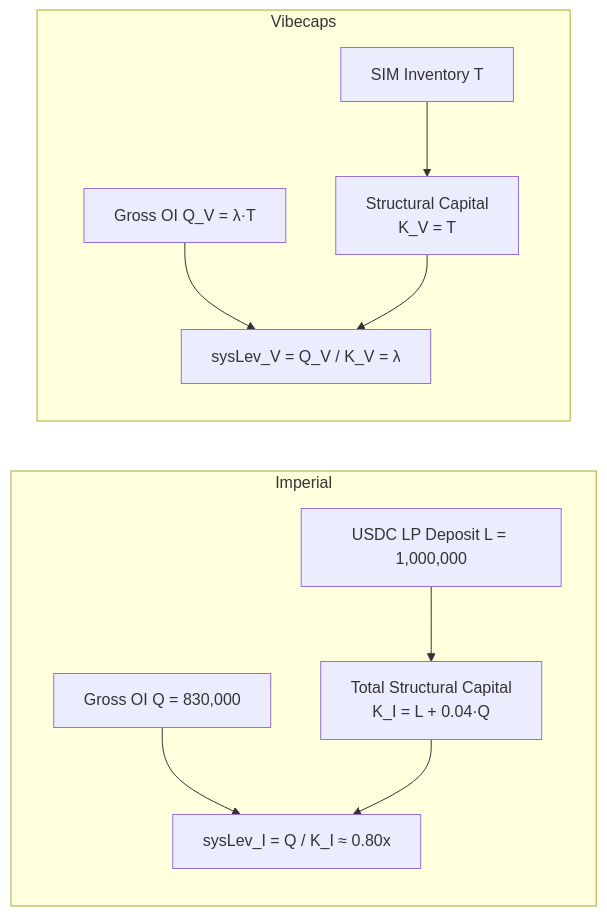
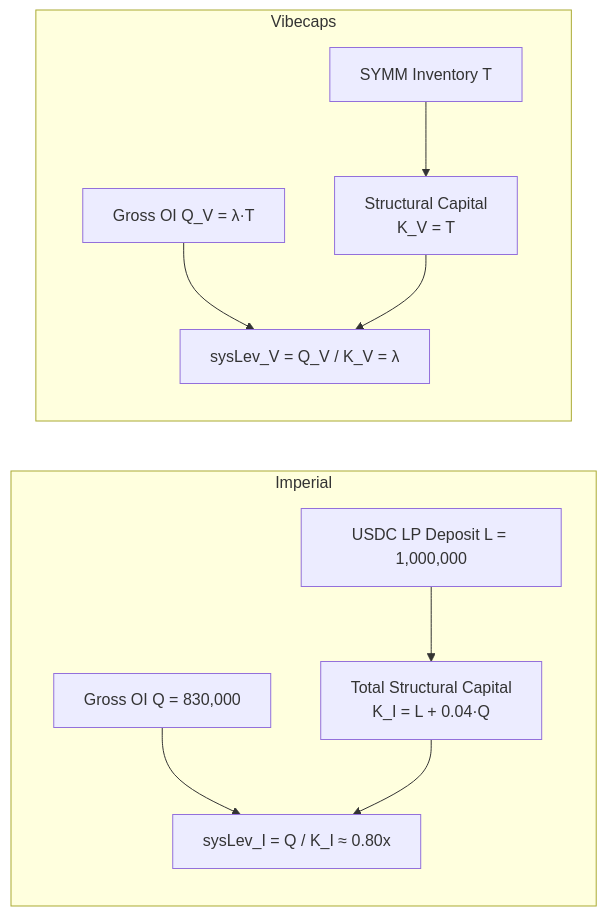
One commit to 0xneelo/usdc_token_perps changed the second of 5 diagrams in USDC vs Token based LPs.md. Above: the diagram before and after it, drawn with Mermaid. The commit also changed other lines of this file, not shown here.

````diff
--- a/USDC vs Token based LPs.md
+++ b/USDC vs Token based LPs.md
@@ -233,14 +233,14 @@
 ```mermaid
 graph LR
   subgraph Imperial
     I1[USDC LP Deposit L = 1,000,000] --> I2[Total Structural Capital\nK_I = L + 0.04·Q]
     I3[Gross OI Q = 830,000] --> I4[sysLev_I = Q / K_I ≈ 0.80x]
     I2 --> I4
   end
 
   subgraph Vibecaps
-    V1[SIM Inventory T] --> V2[Structural Capital\nK_V = T]
+    V1[SYMM Inventory T] --> V2[Structural Capital\nK_V = T]
     V3[Gross OI Q_V = λ·T] --> V4[sysLev_V = Q_V / K_V = λ]
     V2 --> V4
   end
 ```
````
